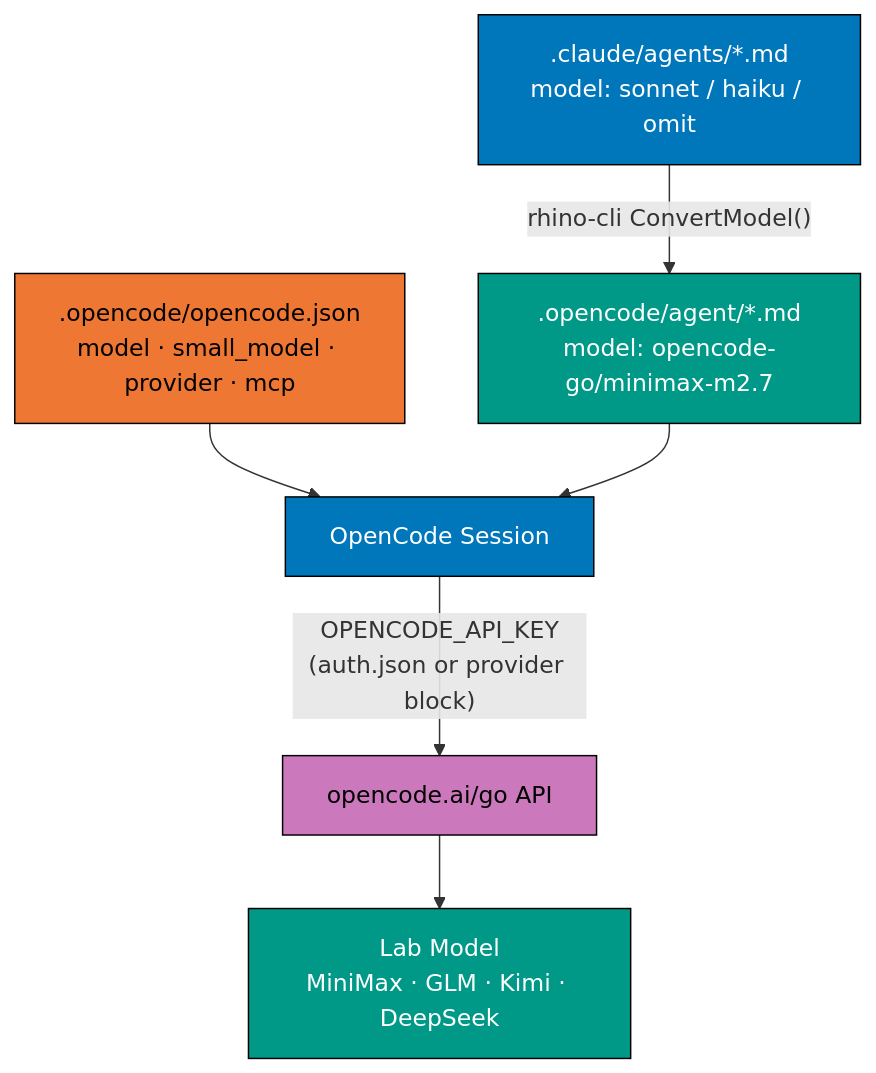
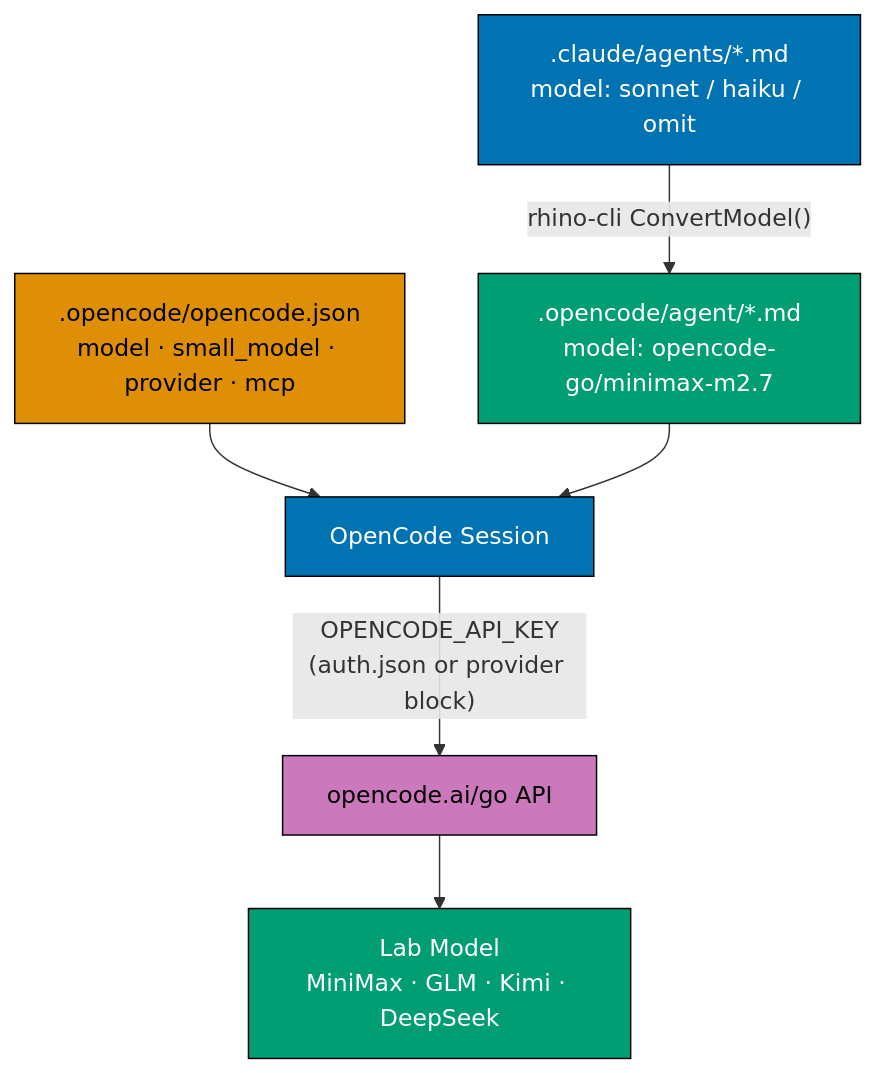
Before and after one commit to wahidyankf/ose-public: the first of 3 diagrams in plans/in-progress/2026-04-30__adopt-opencode-go/tech-docs.md, drawn with Mermaid. The commit also changed other lines of this file and 2 other files, not shown here.

````diff
--- a/plans/in-progress/2026-04-30__adopt-opencode-go/tech-docs.md
+++ b/plans/in-progress/2026-04-30__adopt-opencode-go/tech-docs.md
@@ -19,14 +19,14 @@
 ```mermaid
 flowchart TD
     A[".claude/agents/*.md\nmodel: sonnet / haiku / omit"] -->|"rhino-cli ConvertModel()"| B[".opencode/agent/*.md\nmodel: opencode-go/minimax-m2.7"]
     C[".opencode/opencode.json\nmodel · small_model · provider · mcp"] --> D["OpenCode Session"]
     B --> D
     D -->|"OPENCODE_API_KEY\n(auth.json or provider block)"| E["opencode.ai/go API"]
     E --> F["Lab Model\nMiniMax · GLM · Kimi · DeepSeek"]
-    style A fill:#0077BB,stroke:#000000,color:#FFFFFF
-    style B fill:#009988,stroke:#000000,color:#FFFFFF
-    style C fill:#EE7733,stroke:#000000,color:#000000
-    style D fill:#0077BB,stroke:#000000,color:#FFFFFF
+    style A fill:#0173B2,stroke:#000000,color:#FFFFFF
+    style B fill:#029E73,stroke:#000000,color:#FFFFFF
+    style C fill:#DE8F05,stroke:#000000,color:#000000
+    style D fill:#0173B2,stroke:#000000,color:#FFFFFF
     style E fill:#CC78BC,stroke:#000000,color:#000000
-    style F fill:#009988,stroke:#000000,color:#FFFFFF
+    style F fill:#029E73,stroke:#000000,color:#FFFFFF
 ```
````
